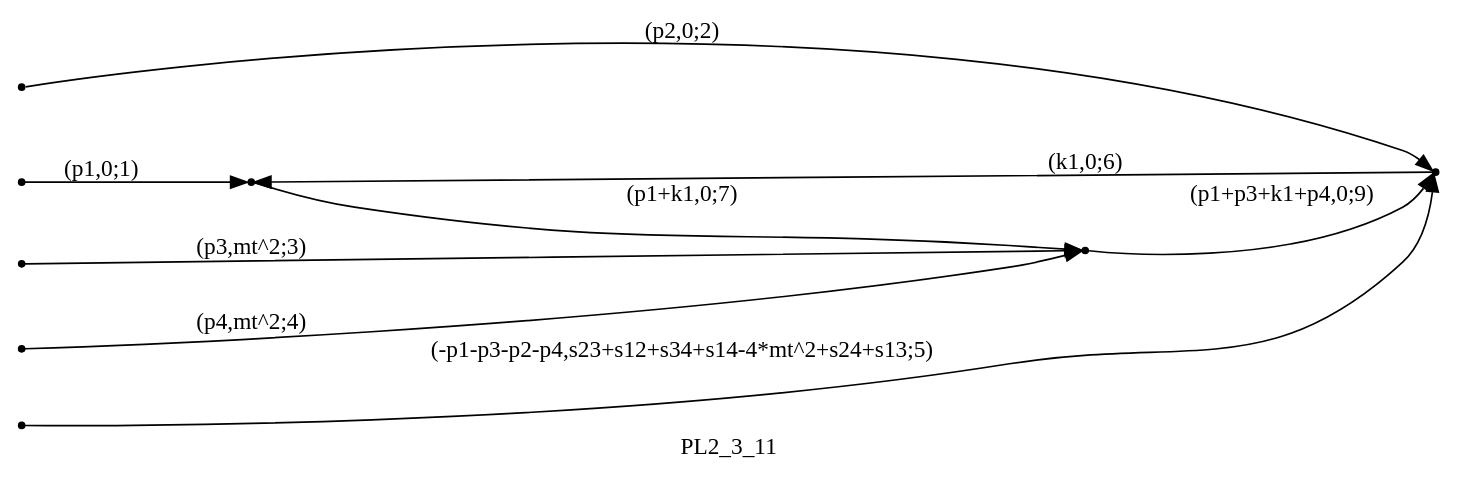
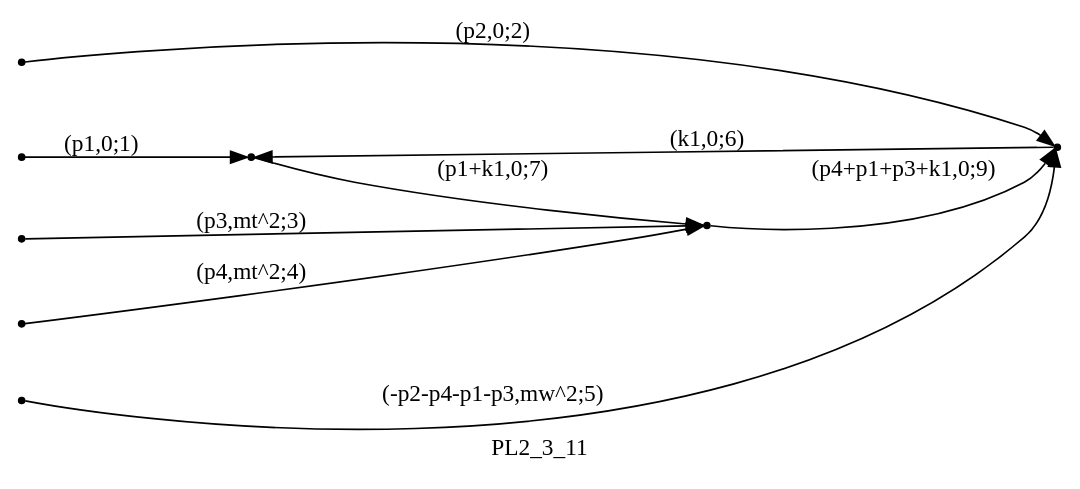
One commit to UsHnBaGp/Wtt changed the diagram in 1loopAmplitude/Reduze/graphs/PL2/all/PL2_3_11.dot. Above: the diagram before and after it, drawn with Graphviz. The commit also changed 163 other files, not shown here.

```diff
--- a/1loopAmplitude/Reduze/graphs/PL2/all/PL2_3_11.dot
+++ b/1loopAmplitude/Reduze/graphs/PL2/all/PL2_3_11.dot
@@ -1,23 +1,23 @@
 digraph PL2_3_11 {
   label="PL2_3_11";
   rankdir="LR";
   subgraph edges {
     -1 -> 2 [label="(p1,0;1)"];
     -2 -> 3 [label="(p2,0;2)"];
     -3 -> 1 [label="(p3,mt^2;3)"];
     -4 -> 1 [label="(p4,mt^2;4)"];
-    -5 -> 3 [label="(-p1-p3-p2-p4,s23+s12+s34+s14-4*mt^2+s24+s13;5)"];
+    -5 -> 3 [label="(-p2-p4-p1-p3,mw^2;5)"];
     3 -> 2 [label="(k1,0;6)"];
     2 -> 1 [label="(p1+k1,0;7)"];
-    1 -> 3 [label="(p1+p3+k1+p4,0;9)"];
+    1 -> 3 [label="(p4+p1+p3+k1,0;9)"];
   }
   subgraph incoming { rank="source"; -1; -2; -3; -4; -5; }
 -5 [shape=point];
 -4 [shape=point];
 -3 [shape=point];
 -2 [shape=point];
 -1 [shape=point];
 1 [shape=point];
 2 [shape=point];
 3 [shape=point];
 }
```
